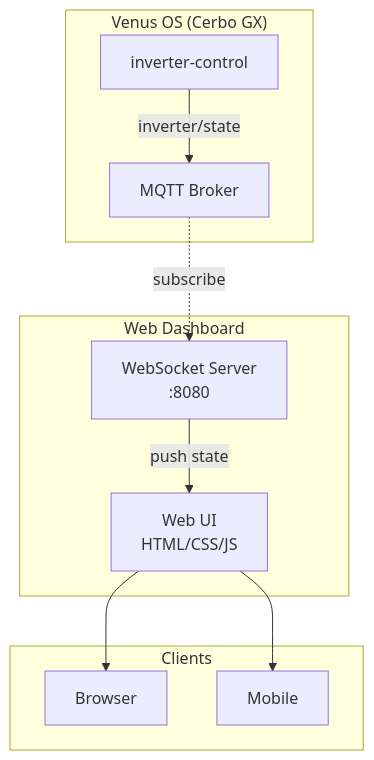
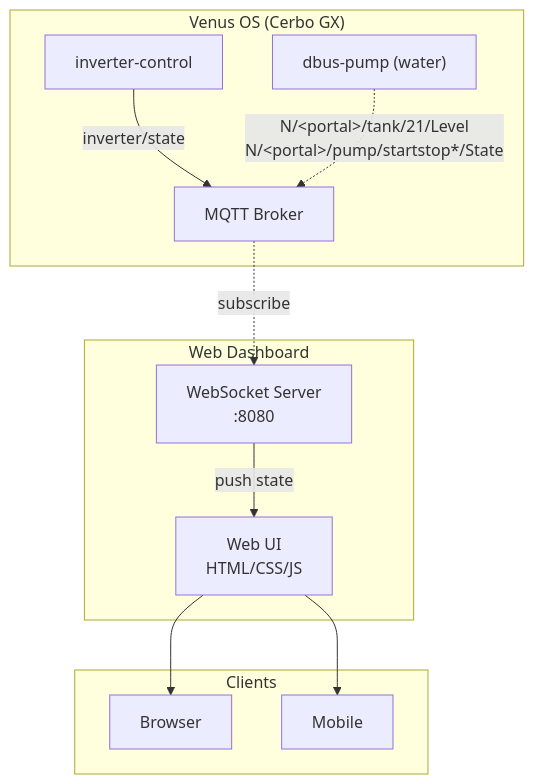
One commit to victron-venus/inverter-dashboard changed the first of 2 diagrams in README.md. Above: the diagram before and after it, drawn with Mermaid. The commit also changed other lines of this file and 7 other files, not shown here.

First line of the commit message:
feat(water): subscribe dbus-pump water topics instead of Home Assistant

````diff
--- a/README.md
+++ b/README.md
@@ -34,22 +34,24 @@
 ```mermaid
 flowchart TD
     subgraph Venus["Venus OS (Cerbo GX)"]
         INV["inverter-control"]
+        DP["dbus-pump (water)"]
         MQTT["MQTT Broker"]
     end
 
     subgraph Dashboard["Web Dashboard"]
         WS["WebSocket Server<br/>:8080"]
         UI["Web UI<br/>HTML/CSS/JS"]
     end
 
     subgraph Clients["Clients"]
         BROWSER["Browser"]
         MOBILE["Mobile"]
     end
 
     INV -->|inverter/state| MQTT
+    DP -.->|"N/&lt;portal&gt;/tank/21/Level<br/>N/&lt;portal&gt;/pump/startstop*/State"| MQTT
     MQTT -.->|subscribe| WS
     WS -->|push state| UI
     UI --> BROWSER & MOBILE
 ```
````
